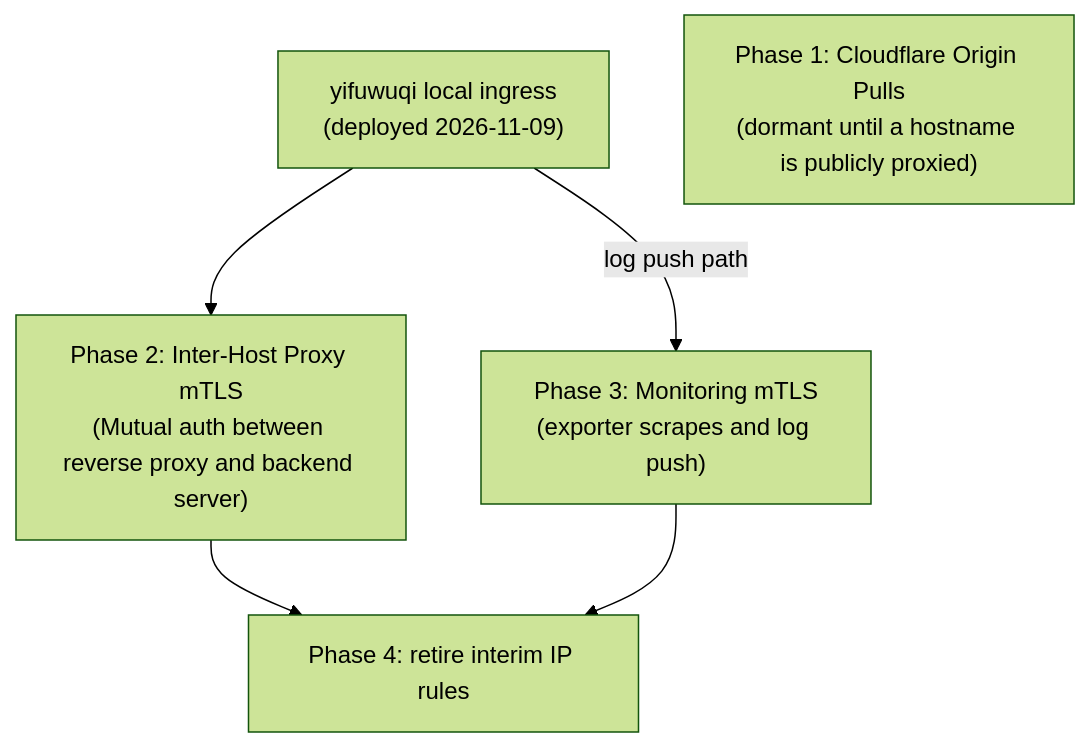
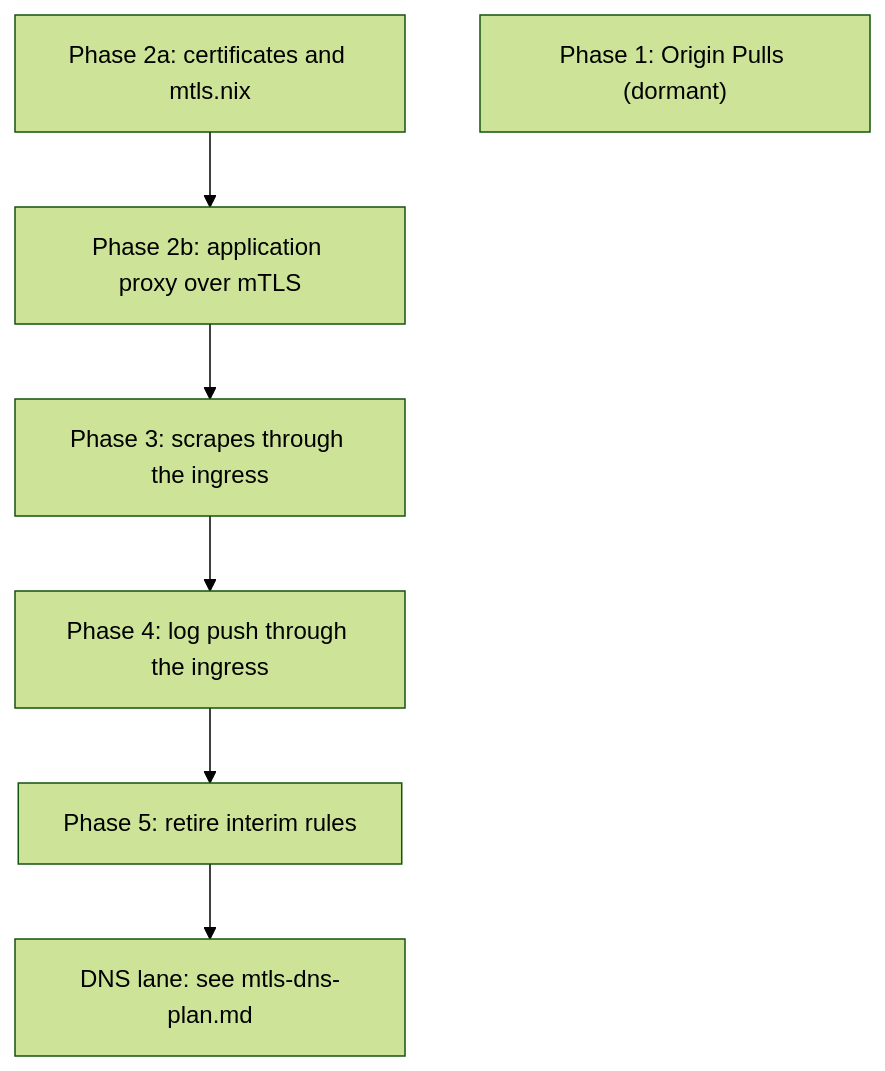
The second of 2 diagrams in docs/src/plans/mtls-architecture-plan.md (categoricalcat/nixos), drawn with Mermaid (forest theme) before and after one commit. The commit also changed other lines of this file and 4 other files, not shown here.

First line of the commit message:
Revise the architecture plans against the deployed ingress.

````diff
--- a/docs/src/plans/mtls-architecture-plan.md
+++ b/docs/src/plans/mtls-architecture-plan.md
@@ -371,13 +266,16 @@
 ```mermaid
 flowchart TD
-    SEC3["yifuwuqi local ingress<br/>(deployed 2026-11-09)"]
-    P1["Phase 1: Cloudflare Origin Pulls<br/>(dormant until a hostname is publicly proxied)"]
-    P2["Phase 2: Inter-Host Proxy mTLS<br/>(Mutual auth between reverse proxy and backend server)"]
-    P3["Phase 3: Monitoring mTLS<br/>(exporter scrapes and log push)"]
-    P4["Phase 4: retire interim IP rules"]
+    certs["Phase 2a: certificates and mtls.nix"]
+    apps["Phase 2b: application proxy over mTLS"]
+    metrics["Phase 3: scrapes through the ingress"]
+    logs["Phase 4: log push through the ingress"]
+    retire["Phase 5: retire interim rules"]
+    edge["Phase 1: Origin Pulls (dormant)"]
+    dns["DNS lane: see mtls-dns-plan.md"]
 
-    SEC3 --> P2
-    SEC3 -->|log push path| P3
-    P2 --> P4
-    P3 --> P4
+    certs --> apps
+    apps --> metrics
+    metrics --> logs
+    logs --> retire
+    retire --> dns
 ```
````
